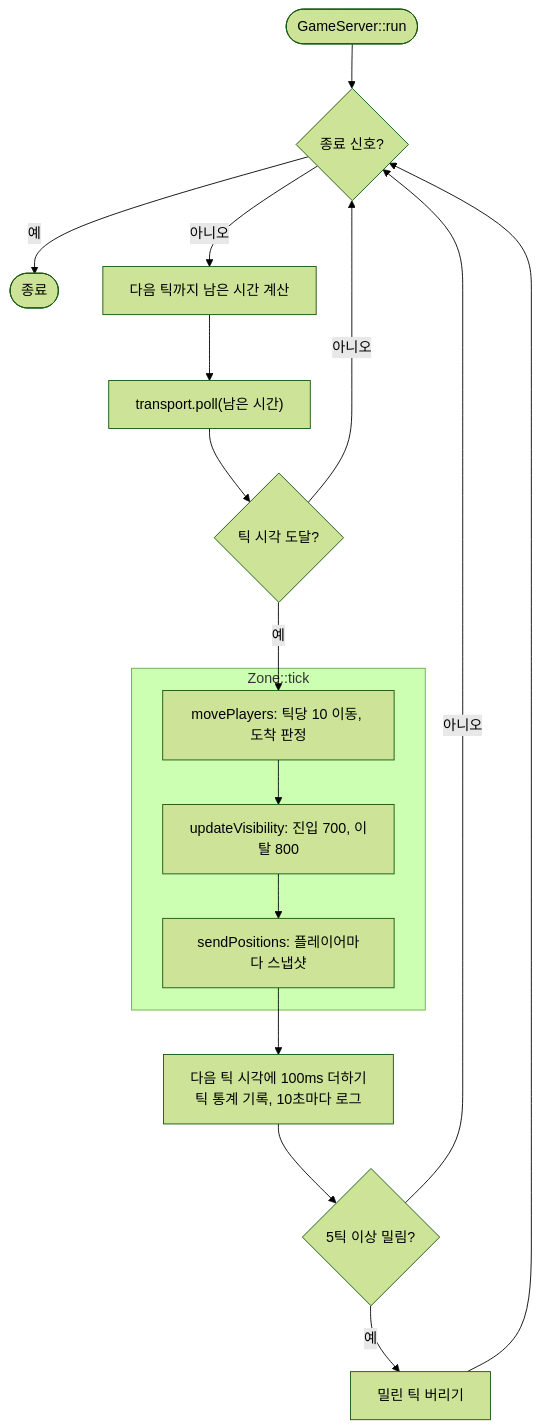
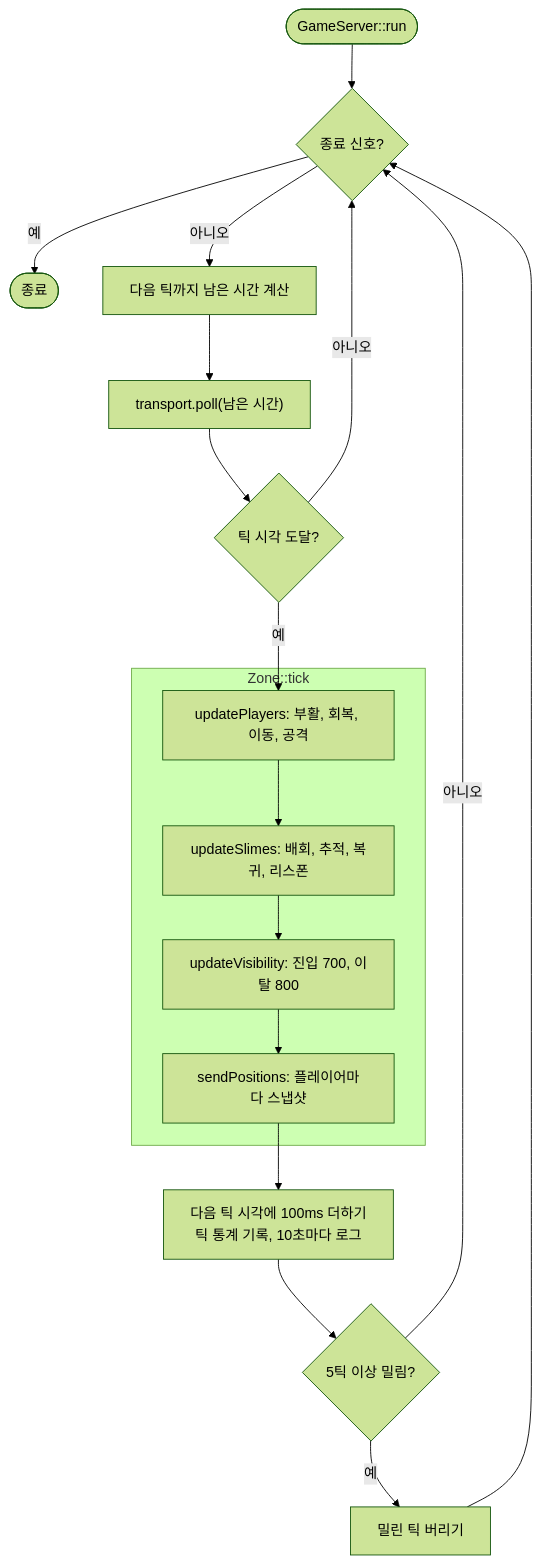
The diagram in docs/diagrams/src/flow-tick.mmd (Dongs9/try_mmo_server), drawn with Mermaid (forest theme) before and after one commit. The commit also changed 27 other files, not shown here.

```diff
--- a/docs/diagrams/src/flow-tick.mmd
+++ b/docs/diagrams/src/flow-tick.mmd
@@ -1,20 +1,21 @@
 flowchart TD
     start([GameServer::run]) --> stopped{종료 신호?}
     stopped -- 예 --> finish([종료])
     stopped -- 아니오 --> wait[다음 틱까지 남은 시간 계산]
     wait --> poll["transport.poll(남은 시간)"]
     poll --> due{틱 시각 도달?}
     due -- 아니오 --> stopped
     due -- 예 --> move
 
     subgraph tick [Zone::tick]
-        move["movePlayers: 틱당 10 이동, 도착 판정"]
-        move --> aoi["updateVisibility: 진입 700, 이탈 800"]
+        move["updatePlayers: 부활, 회복, 이동, 공격"]
+        move --> slimes["updateSlimes: 배회, 추적, 복귀, 리스폰"]
+        slimes --> aoi["updateVisibility: 진입 700, 이탈 800"]
         aoi --> sync["sendPositions: 플레이어마다 스냅샷"]
     end
 
     sync --> advance["다음 틱 시각에 100ms 더하기<br/>틱 통계 기록, 10초마다 로그"]
     advance --> behind{5틱 이상 밀림?}
     behind -- 예 --> skip[밀린 틱 버리기]
     behind -- 아니오 --> stopped
     skip --> stopped
```
